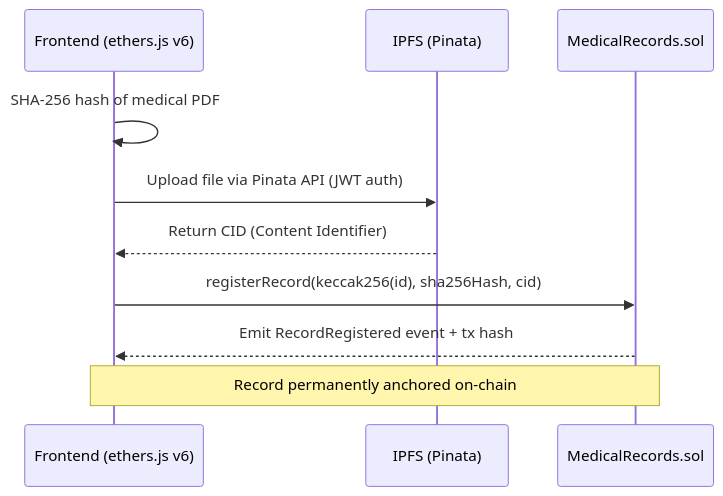
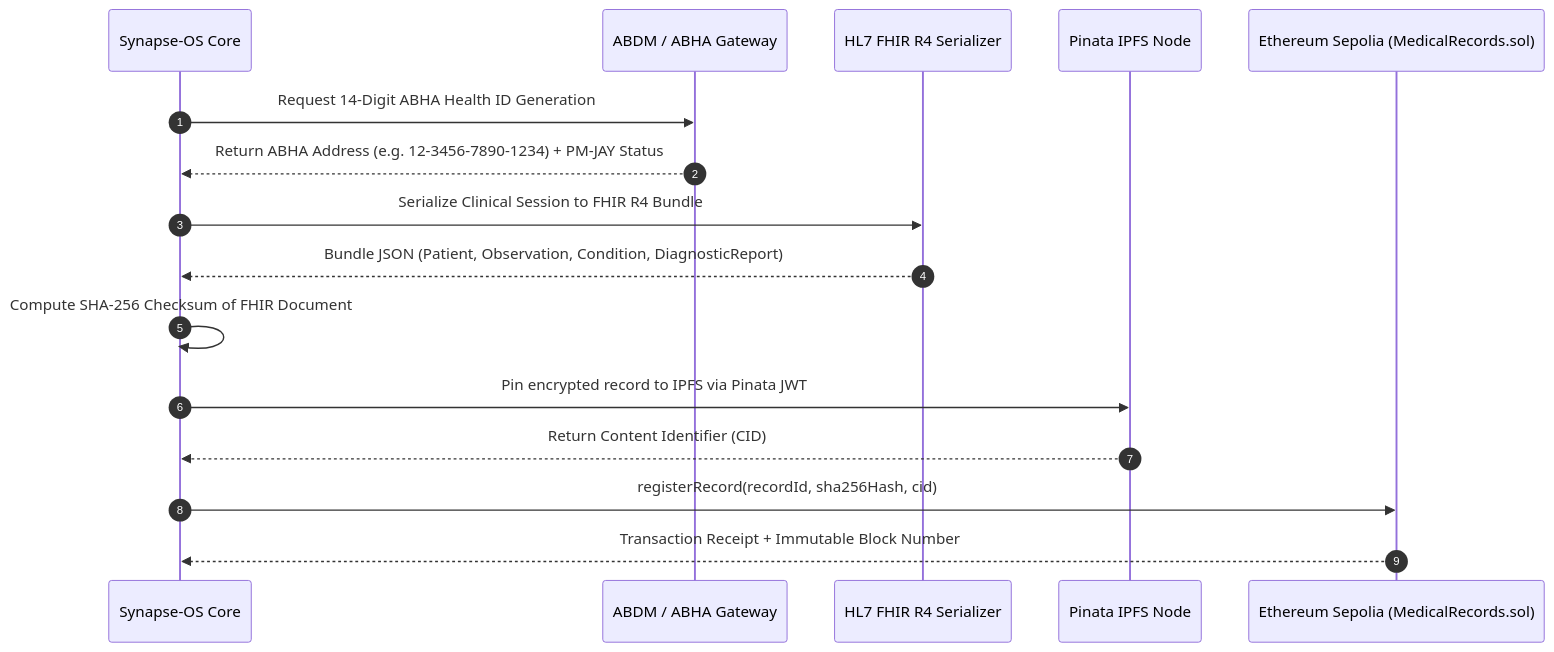
Before and after one commit to Rachit-Tiwari-7/SYNAPSE-NEURAL: the seventh of 10 diagrams in README.md, drawn with Mermaid. The commit also changed other lines of this file and 53 other files, not shown here.

````diff
--- a/README.md
+++ b/README.md
@@ -1593,13 +414,19 @@
 ```mermaid
 sequenceDiagram
-    participant FE as Frontend (ethers.js v6)
-    participant IPFS as IPFS (Pinata)
-    participant SOL as MedicalRecords.sol
+    autonumber
+    participant App as Synapse-OS Core
+    participant ABDM as ABDM / ABHA Gateway
+    participant FHIR as HL7 FHIR R4 Serializer
+    participant IPFS as Pinata IPFS Node
+    participant Chain as Ethereum Sepolia (MedicalRecords.sol)
 
-    FE->>FE: SHA-256 hash of medical PDF
-    FE->>IPFS: Upload file via Pinata API (JWT auth)
-    IPFS-->>FE: Return CID (Content Identifier)
-    FE->>SOL: registerRecord(keccak256(id), sha256Hash, cid)
-    SOL-->>FE: Emit RecordRegistered event + tx hash
-    Note over FE,SOL: Record permanently anchored on-chain
+    App->>ABDM: Request 14-Digit ABHA Health ID Generation
+    ABDM-->>App: Return ABHA Address (e.g. 12-3456-7890-1234) + PM-JAY Status
+    App->>FHIR: Serialize Clinical Session to FHIR R4 Bundle
+    FHIR-->>App: Bundle JSON (Patient, Observation, Condition, DiagnosticReport)
+    App->>App: Compute SHA-256 Checksum of FHIR Document
+    App->>IPFS: Pin encrypted record to IPFS via Pinata JWT
+    IPFS-->>App: Return Content Identifier (CID)
+    App->>Chain: registerRecord(recordId, sha256Hash, cid)
+    Chain-->>App: Transaction Receipt + Immutable Block Number
 ```
````
